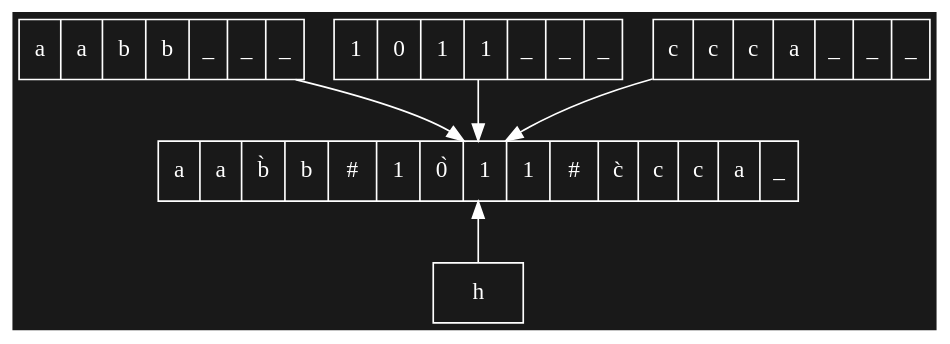
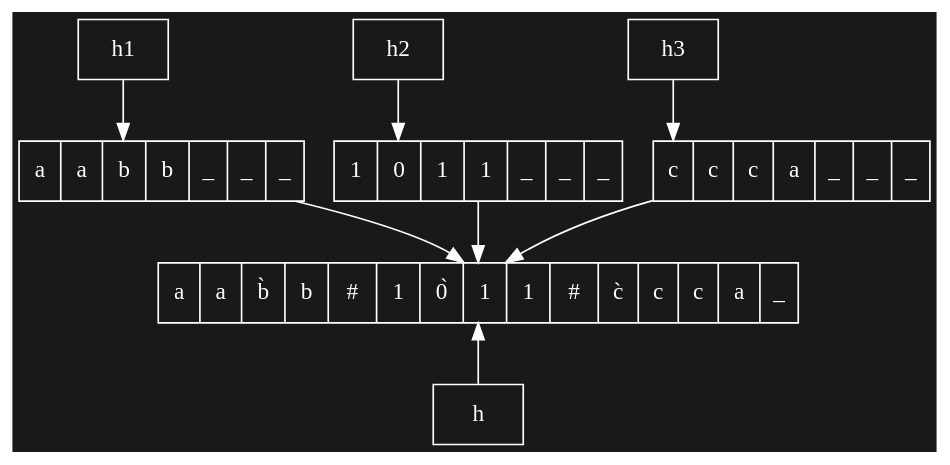
The fourth of 15 diagrams in qmd/src/variants.qmd (cd-public/compute), drawn with Graphviz before and after one commit. The commit also changed other lines of this file and 46 other files, not shown here.

````diff
--- a/qmd/src/variants.qmd
+++ b/qmd/src/variants.qmd
@@ -185,31 +185,39 @@
 ```{dot}
 // | echo: false
 // | height: 100px
 digraph g {
   rankdir=TD;
   bgcolor="#191919";
 
   node [
       fontcolor = "#ffffff",
       color = "#ffffff",
       shape=record,
   ]
 
   edge [
       color = "#ffffff",
       fontcolor = "#ffffff"
   ]
 
+  h1
+  h2
+  h3
   t1 [label="a | a | <here> b | b | _ | _ | _ "]
   t2 [label="1 | <here> 0 | 1 | 1 | _ | _ | _ "]
   t3 [label="<here> c | c | c | a | _ | _ | _ "]
   t  [label="a | a | b̀ | b | # | 1 | 0̀ | 1 | 1 | # | c̀ | c | c | a | _ "]
   h
+
+
+  h1->t1:here;
+  h2->t2:here;
+  h3->t3:here;
 
   t1-> t:one
   t2-> t:two
   t3-> t:thr
 
   t:thr ->h [dir=back];
 }
 ```
````
